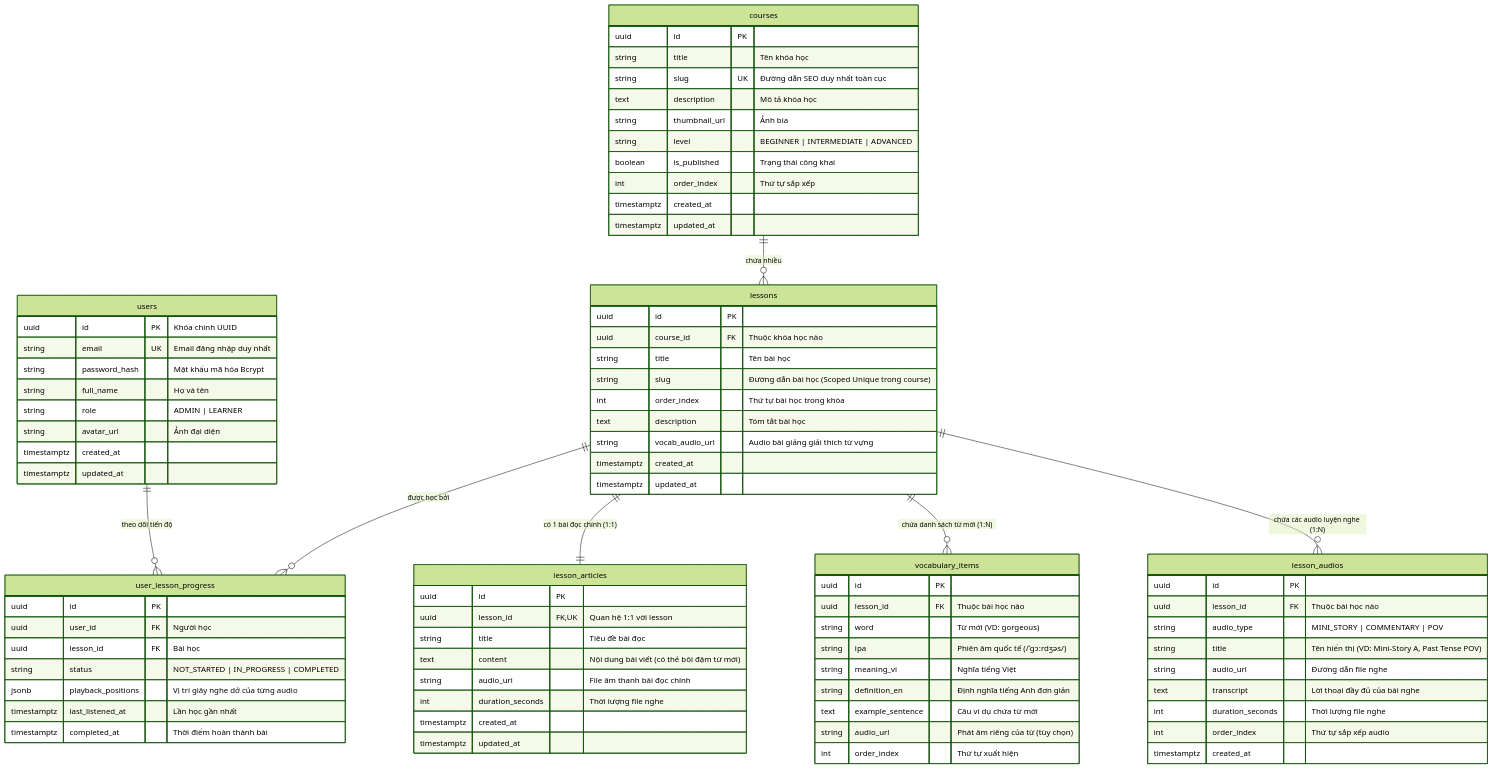
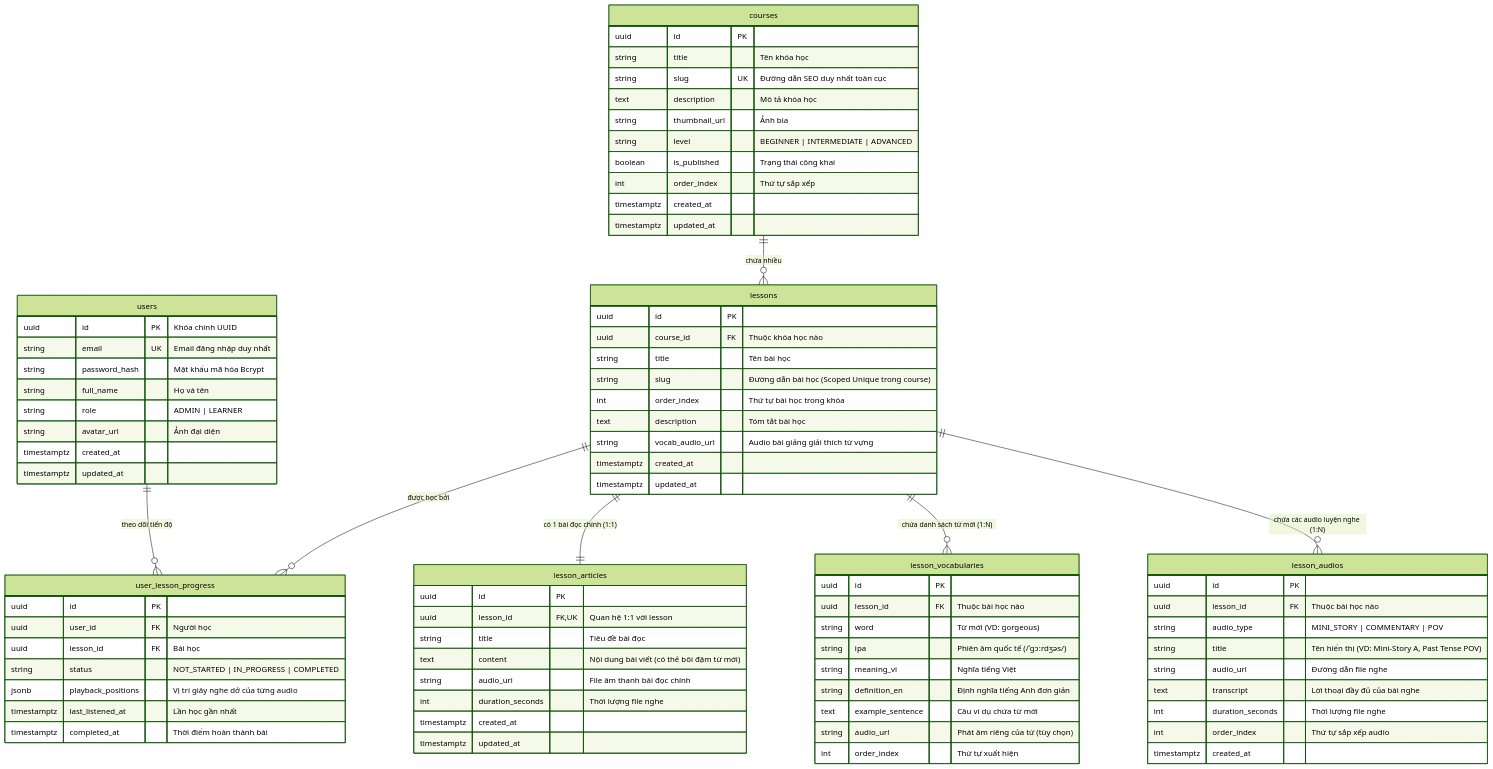
One commit to canhhung1-storage/speak-up changed the diagram in docs/architecture/03-database-erd.md. Above: the diagram before and after it, drawn with Mermaid (forest theme). The commit also changed other lines of this file and 1 other file, not shown here.

Commit message:
docs(database): rename vocabulary_items to lesson_vocabularies and update daily plan

```diff
--- a/docs/architecture/03-database-erd.md
+++ b/docs/architecture/03-database-erd.md
@@ -13,7 +13,7 @@
     lessons ||--o{ user_lesson_progress : "được học bởi"
 
     lessons ||--|| lesson_articles : "có 1 bài đọc chính (1:1)"
-    lessons ||--o{ vocabulary_items : "chứa danh sách từ mới (1:N)"
+    lessons ||--o{ lesson_vocabularies : "chứa danh sách từ mới (1:N)"
     lessons ||--o{ lesson_audios : "chứa các audio luyện nghe (1:N)"
 
     users {
@@ -63,7 +63,7 @@
         timestamptz updated_at
     }
 
-    vocabulary_items {
+    lesson_vocabularies {
         uuid id PK
         uuid lesson_id FK "Thuộc bài học nào"
         string word "Từ mới (VD: gorgeous)"
```
